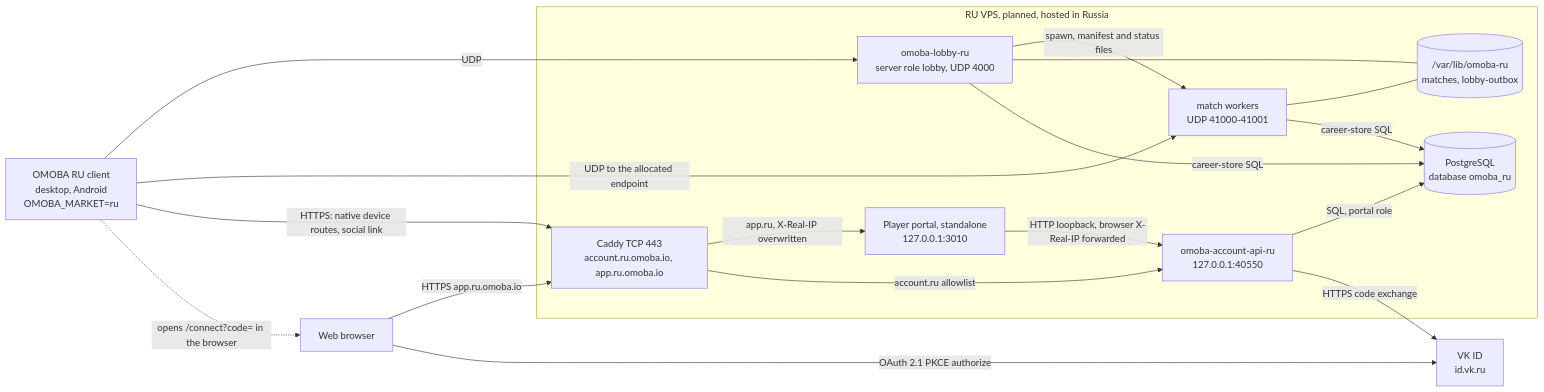
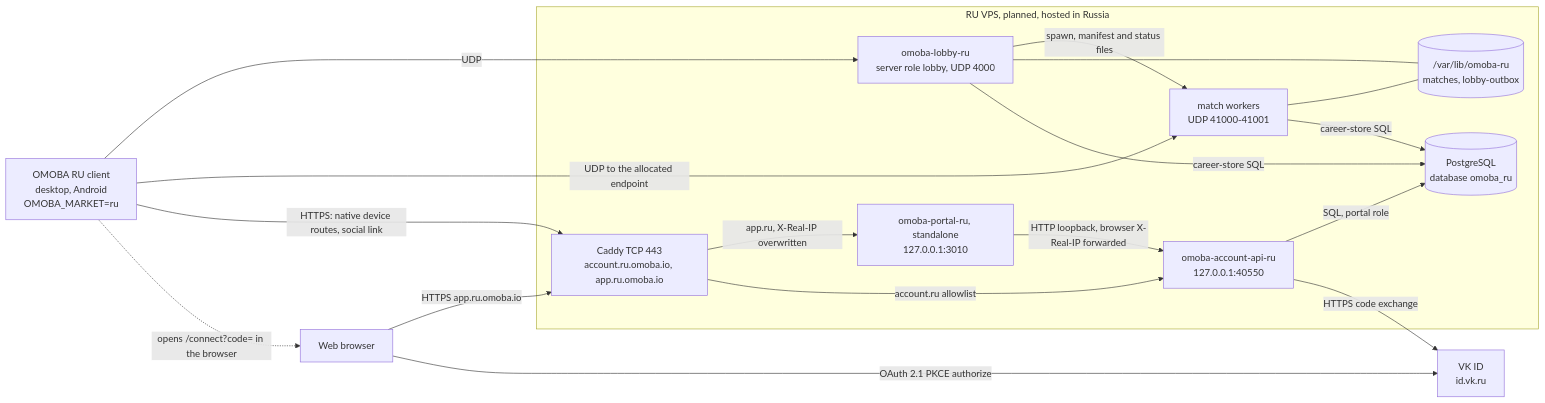
One commit to o-moba/omoba-bevy changed the second of 2 diagrams in docs/architecture/system.md. Above: the diagram before and after it, drawn with Mermaid. The commit also changed other lines of this file and 17 other files, not shown here.

````diff
--- a/docs/architecture/system.md
+++ b/docs/architecture/system.md
@@ -265,32 +266,32 @@
 ```mermaid
 flowchart LR
   client["OMOBA RU client<br/>desktop, Android<br/>OMOBA_MARKET=ru"]
   browser["Web browser"]
   vk["VK ID<br/>id.vk.ru"]
   subgraph ru["RU VPS, planned, hosted in Russia"]
     caddy["Caddy TCP 443<br/>account.ru.omoba.io, app.ru.omoba.io"]
     lobby["omoba-lobby-ru<br/>server role lobby, UDP 4000"]
     workers["match workers<br/>UDP 41000-41001"]
     api["omoba-account-api-ru<br/>127.0.0.1:40550"]
-    portal["Player portal, standalone<br/>127.0.0.1:3010"]
+    portal["omoba-portal-ru, standalone<br/>127.0.0.1:3010"]
     pg[("PostgreSQL<br/>database omoba_ru")]
     files[("/var/lib/omoba-ru<br/>matches, lobby-outbox")]
   end
 
   client -->|"UDP"| lobby
   client -->|"UDP to the allocated endpoint"| workers
   lobby -->|"spawn, manifest and status files"| workers
   lobby --- files
   workers --- files
   lobby -->|"career-store SQL"| pg
   workers -->|"career-store SQL"| pg
   client -->|"HTTPS: native device routes, social link"| caddy
   client -.->|"opens /connect?code= in the browser"| browser
   browser -->|"HTTPS app.ru.omoba.io"| caddy
   browser -->|"OAuth 2.1 PKCE authorize"| vk
   caddy -->|"app.ru, X-Real-IP overwritten"| portal
   portal -->|"HTTP loopback, browser X-Real-IP forwarded"| api
   caddy -->|"account.ru allowlist"| api
   api -->|"SQL, portal role"| pg
   api -->|"HTTPS code exchange"| vk
 ```
````
